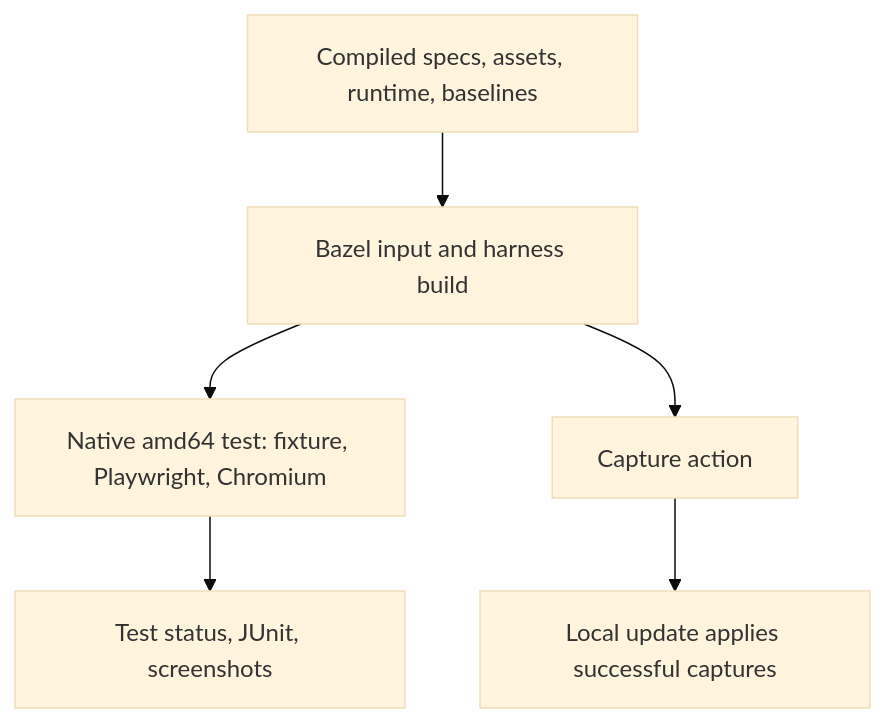
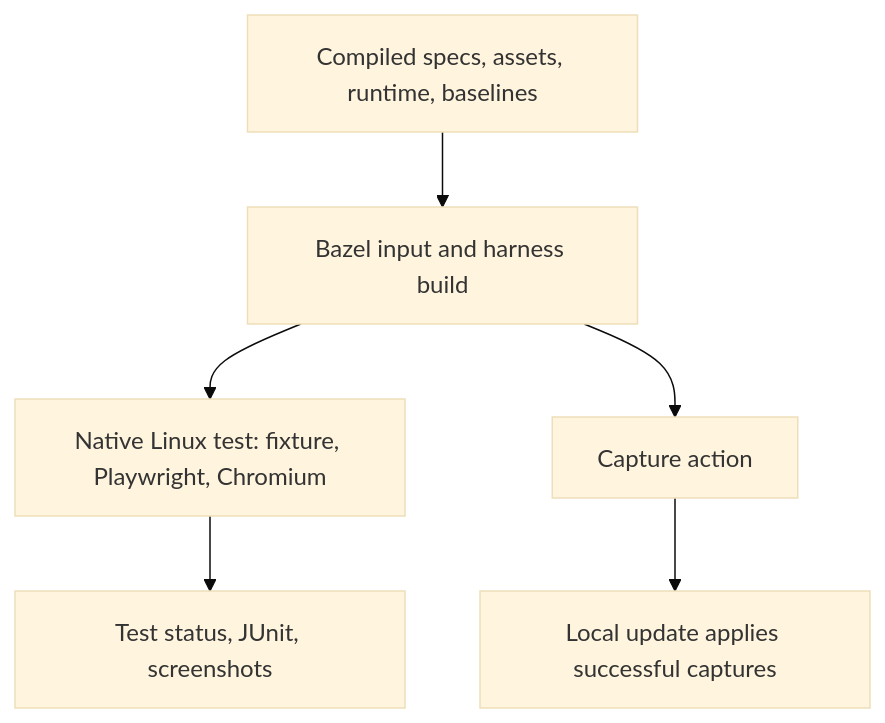
One commit to perplexityai/rules_web_e2e changed the diagram in docs/architecture.md. Above: the diagram before and after it, drawn with Mermaid (base theme). The commit also changed other lines of this file and 23 other files, not shown here.

````diff
--- a/docs/architecture.md
+++ b/docs/architecture.md
@@ -23,8 +23,8 @@
 ```mermaid
 flowchart TD
   Inputs[Compiled specs, assets, runtime, baselines] --> Build[Bazel input and harness build]
-  Build --> Test[Native amd64 test: fixture, Playwright, Chromium]
+  Build --> Test[Native Linux test: fixture, Playwright, Chromium]
   Test --> Reports[Test status, JUnit, screenshots]
   Build --> Capture[Capture action]
   Capture --> Update[Local update applies successful captures]
 ```
````
